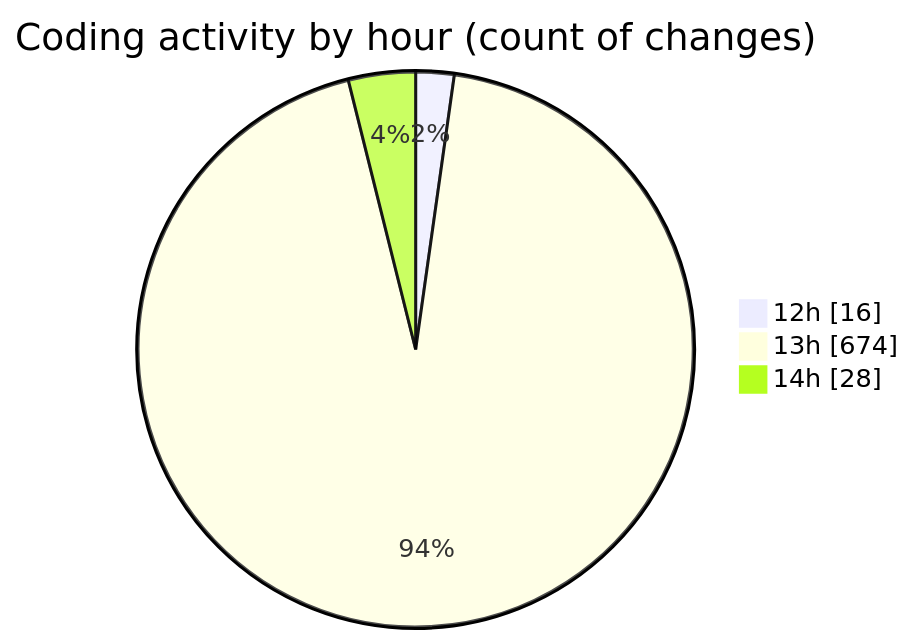
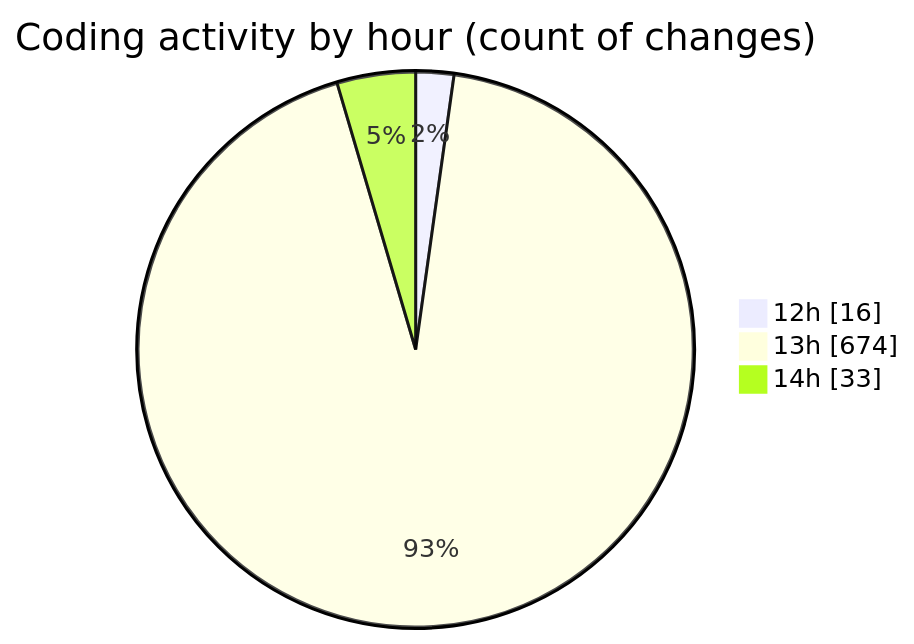
One commit to vahidmafi/code-tracking changed the second of 2 diagrams in 2025-09-16/www/README.md. Above: the diagram before and after it, drawn with Mermaid. The commit also changed other lines of this file and 1 other file, not shown here.

````diff
--- a/2025-09-16/www/README.md
+++ b/2025-09-16/www/README.md
@@ -330,7 +330,7 @@
 ```mermaid
 pie showData
 title Coding activity by hour (count of changes)
 "12h" : 16
 "13h" : 674
-"14h" : 28
+"14h" : 33
 ```
````
